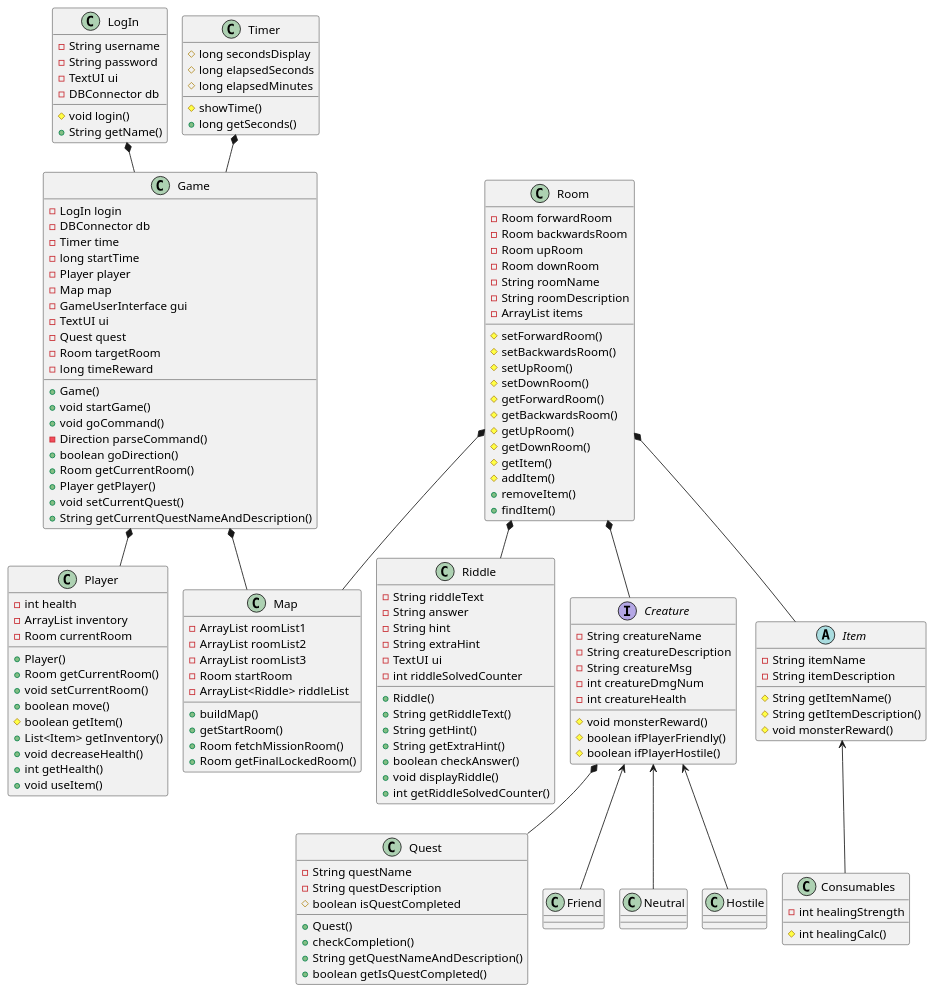
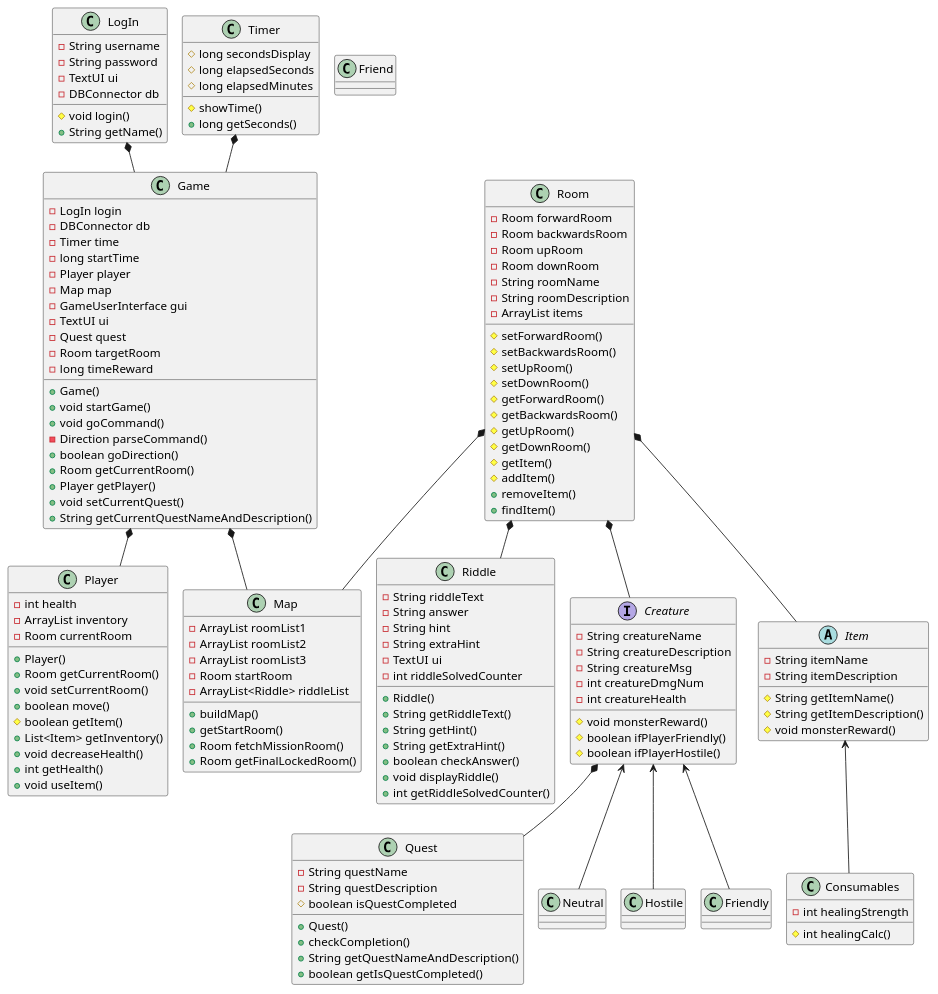
One commit to Linus-llm/SP4_LinusAndreasOlivia changed the diagram in StarCathedral/doc/KlasseDiagram.puml. Above: the diagram before and after it, drawn with PlantUML.

Commit message:
klasseDiagram updated

```diff
--- a/StarCathedral/doc/KlasseDiagram.puml
+++ b/StarCathedral/doc/KlasseDiagram.puml
@@ -1,167 +1,167 @@
 @startuml
 !pragma layout smetana
 'https://plantuml.com/class-diagram
 
 class LogIn {
-- String username
-- String password
-- TextUI ui
-- DBConnector db
-# void login()
-+ String getName()
+-String username
+-String password
+-TextUI ui
+-DBConnector db
+#void login()
++String getName()
 }
 class Riddle{
 -String riddleText
 -String answer
 -String hint
 -String extraHint
 -TextUI ui
 -int riddleSolvedCounter
 +Riddle()
 +String getRiddleText()
 +String getHint()
 +String getExtraHint()
 +boolean checkAnswer()
 +void displayRiddle()
 +int getRiddleSolvedCounter()
 }
 
 class Quest{
 -String questName
 -String questDescription
 #boolean isQuestCompleted
 +Quest()
 +checkCompletion()
 +String getQuestNameAndDescription()
 +boolean getIsQuestCompleted()
 }
 
 class Timer{
 #long secondsDisplay
 #long elapsedSeconds
 #long elapsedMinutes
 #showTime()
 +long getSeconds()
 }
 class Game{
 -LogIn login
 -DBConnector db
 -Timer time
 -long startTime
 -Player player
 -Map map
 -GameUserInterface gui
 -TextUI ui
 -Quest quest
 -Room targetRoom
 -long timeReward
 +Game()
 +void startGame()
 +void goCommand()
 -Direction parseCommand()
 +boolean goDirection()
 +Room getCurrentRoom()
 +Player getPlayer()
 +void setCurrentQuest()
 +String getCurrentQuestNameAndDescription()
 
 }
 class Player{
 -int health
 -ArrayList inventory
 -Room currentRoom
 +Player()
 +Room getCurrentRoom()
 +void setCurrentRoom()
 +boolean move()
 #boolean getItem()
 +List<Item> getInventory()
 +void decreaseHealth()
 +int getHealth()
 +void useItem()
 }
 
 class Map {
 -ArrayList roomList1
 -ArrayList roomList2
 -ArrayList roomList3
 -Room startRoom
 -ArrayList<Riddle> riddleList
 +buildMap()
 +getStartRoom()
 +Room fetchMissionRoom()
 +Room getFinalLockedRoom()
 }
 class Room {
 -Room forwardRoom
 -Room backwardsRoom
 -Room upRoom
 -Room downRoom
 -String roomName
 -String roomDescription
 -ArrayList items
 #setForwardRoom()
 #setBackwardsRoom()
 #setUpRoom()
 #setDownRoom()
 #getForwardRoom()
 #getBackwardsRoom()
 #getUpRoom()
 #getDownRoom()
 #getItem()
 #addItem()
 +removeItem()
 +findItem()
 
 
 }
 interface Creature {
 -String creatureName
 -String creatureDescription
 -String creatureMsg
 -int creatureDmgNum
 -int creatureHealth
 #void monsterReward()
 #boolean ifPlayerFriendly()
 #boolean ifPlayerHostile()
 
 }
 class Friend {
 }
 class Neutral
 class Hostile
 abstract class Item{
 -String itemName
 -String itemDescription
-# String getItemName()
+#String getItemName()
 #String getItemDescription()
 #void monsterReward()
 }
 
 class Consumables{
 -int healingStrength
 # int healingCalc()
 
 }
 
 
 Timer*--Game
 LogIn*--Game
 Game*--Player
 
 Game*--Map
 Room*--Map
 Room*--Item
 Room*--Creature
 Room*-- Riddle
-Creature<--Friend
+Creature<--Friendly
 Creature<--Neutral
 Creature<--Hostile
 Creature *-- Quest
 Item<--Consumables
 
 
 
 
 
 @enduml
```
